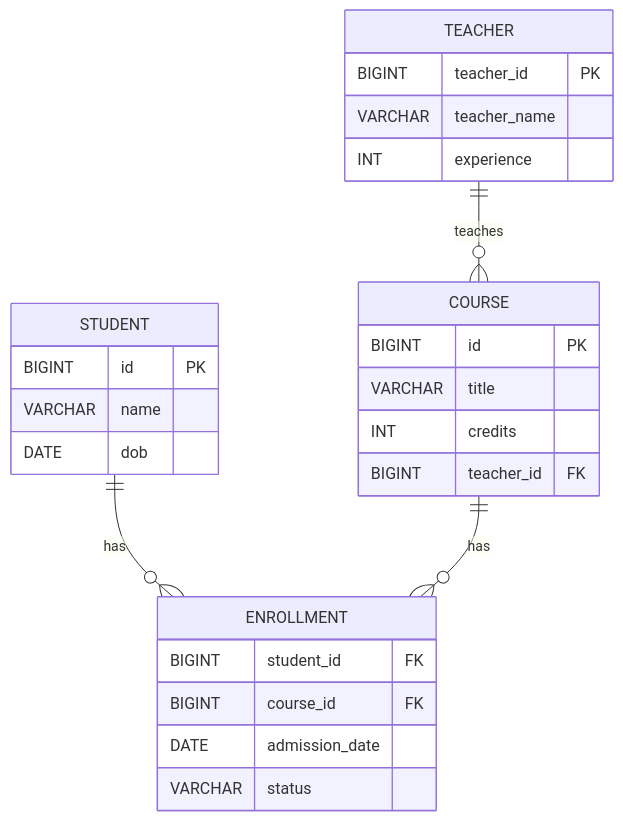
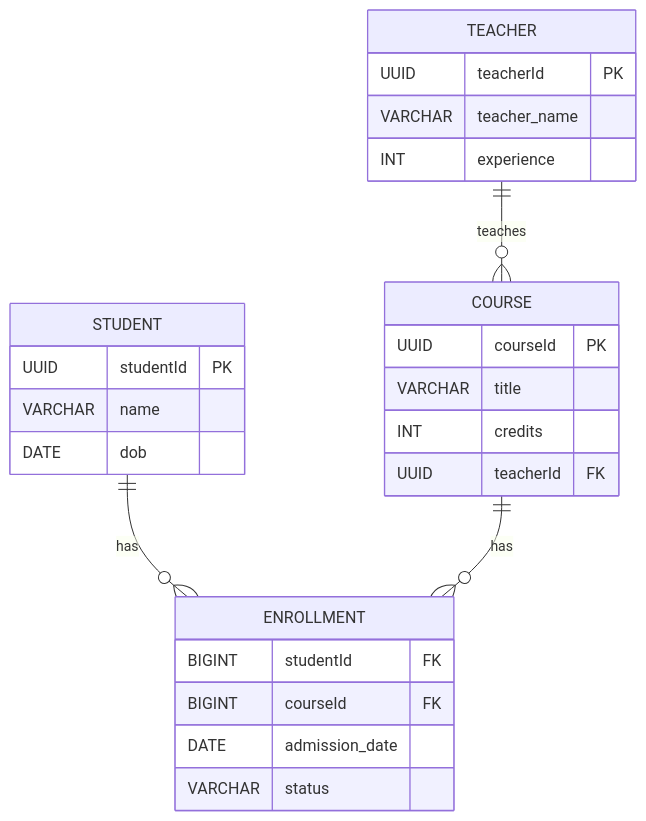
One commit to Academia-Stack/User-Registry-Service changed the diagram in ER_DIAGRAM.md. Above: the diagram before and after it, drawn with Mermaid. The commit also changed 20 other files, not shown here.

````diff
--- a/ER_DIAGRAM.md
+++ b/ER_DIAGRAM.md
@@ -33,33 +33,33 @@
 ```mermaid
 erDiagram
     STUDENT ||--o{ ENROLLMENT : has
     COURSE  ||--o{ ENROLLMENT : has
     TEACHER ||--o{ COURSE : teaches
 
     STUDENT {
-        BIGINT id PK
+        UUID studentId PK
         VARCHAR name
         DATE dob
     }
 
     COURSE {
-        BIGINT id PK
+        UUID courseId PK
         VARCHAR title
         INT credits
-        BIGINT teacher_id FK
+        UUID teacherId FK
     }
 
     TEACHER {
-        BIGINT teacher_id PK
+        UUID teacherId PK
         VARCHAR teacher_name
         INT experience
     }
 
     ENROLLMENT {
-        BIGINT student_id FK
-        BIGINT course_id  FK
+        BIGINT studentId FK
+        BIGINT courseId  FK
         DATE admission_date
         VARCHAR status
         %% Composite PK (student_id, course_id) is common
     }
 ```
````
